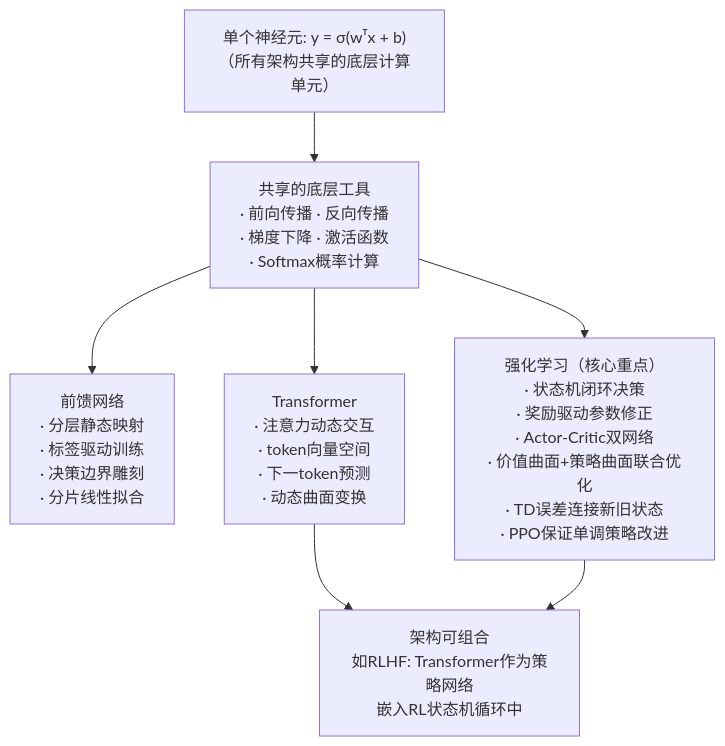
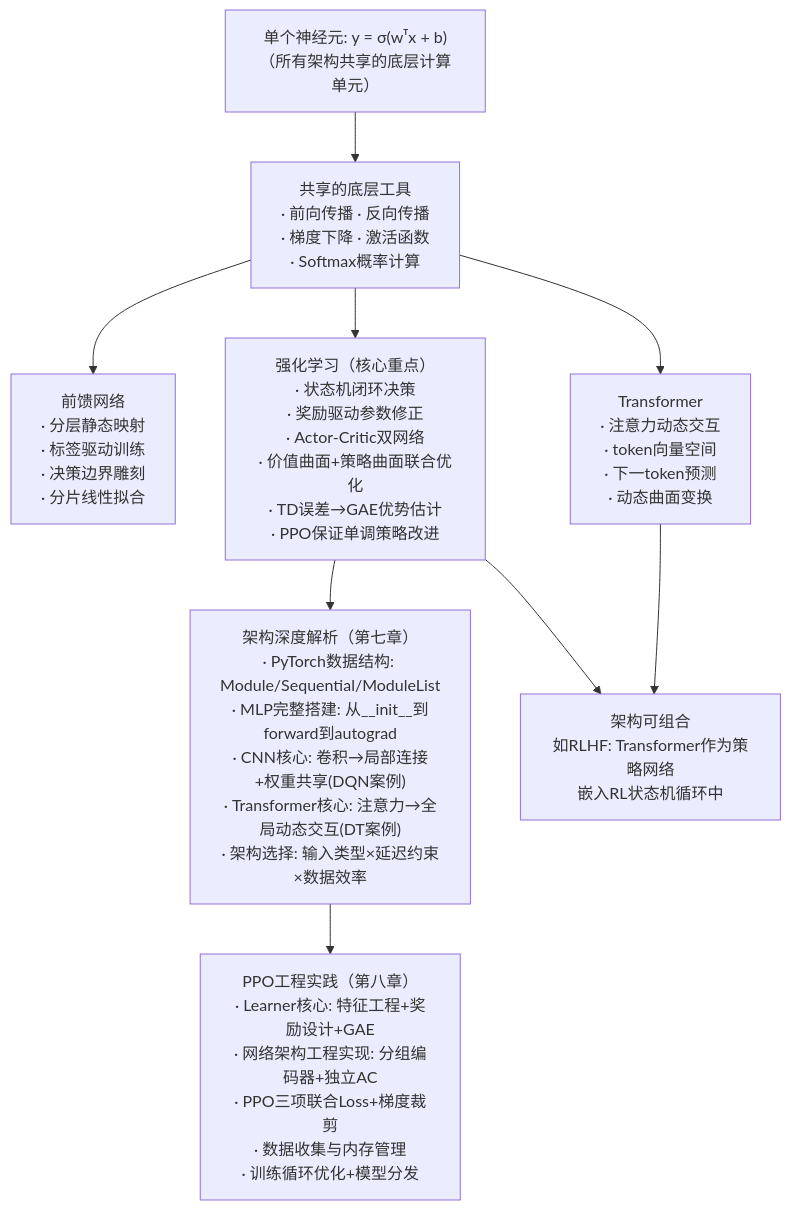
Before and after one commit to Achbite/RL-Study: diagram 11 of 11 in RL-Note.md, drawn with Mermaid. The commit also changed other lines of this file and 4 other files, not shown here.

````diff
--- a/RL-Note.md
+++ b/RL-Note.md
@@ -1960,16 +4037,20 @@
 ```mermaid
 graph TD
     N["单个神经元: y = σ(wᵀx + b)<br/>（所有架构共享的底层计算单元）"]
     T["共享的底层工具<br/>· 前向传播 · 反向传播<br/>· 梯度下降 · 激活函数<br/>· Softmax概率计算"]
     FF["前馈网络<br/>· 分层静态映射<br/>· 标签驱动训练<br/>· 决策边界雕刻<br/>· 分片线性拟合"]
     TF["Transformer<br/>· 注意力动态交互<br/>· token向量空间<br/>· 下一token预测<br/>· 动态曲面变换"]
-    RL["强化学习（核心重点）<br/>· 状态机闭环决策<br/>· 奖励驱动参数修正<br/>· Actor-Critic双网络<br/>· 价值曲面+策略曲面联合优化<br/>· TD误差连接新旧状态<br/>· PPO保证单调策略改进"]
+    RL["强化学习（核心重点）<br/>· 状态机闭环决策<br/>· 奖励驱动参数修正<br/>· Actor-Critic双网络<br/>· 价值曲面+策略曲面联合优化<br/>· TD误差→GAE优势估计<br/>· PPO保证单调策略改进"]
+    ENG["PPO工程实践（第八章）<br/>· Learner核心: 特征工程+奖励设计+GAE<br/>· 网络架构工程实现: 分组编码器+独立AC<br/>· PPO三项联合Loss+梯度裁剪<br/>· 数据收集与内存管理<br/>· 训练循环优化+模型分发"]
+    ARCH["架构深度解析（第七章）<br/>· PyTorch数据结构: Module/Sequential/ModuleList<br/>· MLP完整搭建: 从__init__到forward到autograd<br/>· CNN核心: 卷积→局部连接+权重共享(DQN案例)<br/>· Transformer核心: 注意力→全局动态交互(DT案例)<br/>· 架构选择: 输入类型×延迟约束×数据效率"]
     C["架构可组合<br/>如RLHF: Transformer作为策略网络<br/>嵌入RL状态机循环中"]
 
     N --> T
     T --> FF
     T --> TF
     T --> RL
+    RL --> ARCH
+    ARCH --> ENG
     TF --> C
     RL --> C
 ```
````
